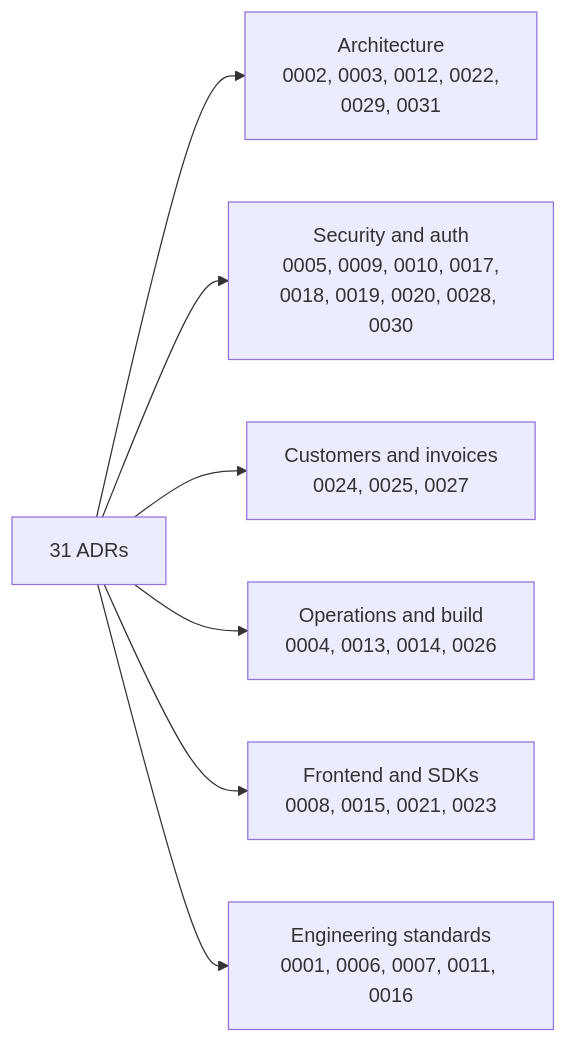
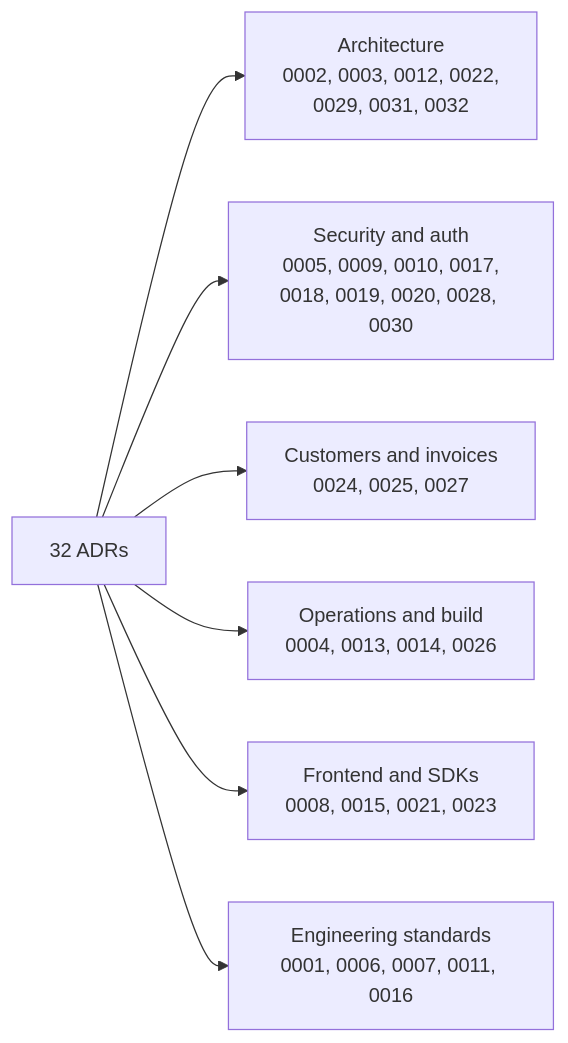
One commit to vaam-apps/vpay-docs changed the first of 2 diagrams in docs/guide/decisions.md. Above: the diagram before and after it, drawn with Mermaid. The commit also changed other lines of this file and 24 other files, not shown here.

````diff
--- a/docs/guide/decisions.md
+++ b/docs/guide/decisions.md
@@ -69,9 +73,9 @@
 ```mermaid
 flowchart LR
-    ADR["31 ADRs"] --> A["Architecture<br/>0002, 0003, 0012, 0022,<br/>0029, 0031"]
+    ADR["32 ADRs"] --> A["Architecture<br/>0002, 0003, 0012, 0022,<br/>0029, 0031, 0032"]
     ADR --> S["Security and auth<br/>0005, 0009, 0010, 0017,<br/>0018, 0019, 0020, 0028, 0030"]
     ADR --> C["Customers and invoices<br/>0024, 0025, 0027"]
     ADR --> O["Operations and build<br/>0004, 0013, 0014, 0026"]
     ADR --> F["Frontend and SDKs<br/>0008, 0015, 0021, 0023"]
     ADR --> E["Engineering standards<br/>0001, 0006, 0007, 0011, 0016"]
 ```
````
